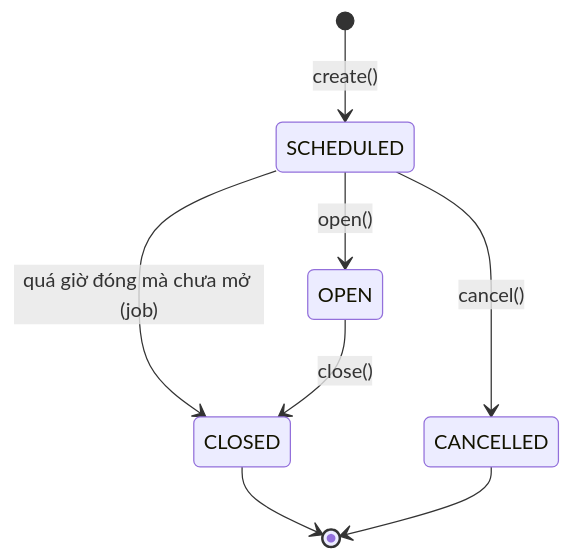
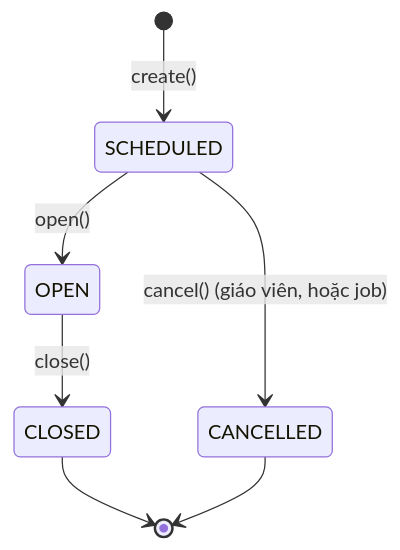
The first of 3 diagrams in docs/state-machines.md (zindo511/Exam-Practice), drawn with Mermaid before and after one commit. The commit also changed other lines of this file and 24 other files, not shown here.

First line of the commit message:
Thêm job tự mở, chốt bài hết giờ và đóng kỳ thi

````diff
--- a/docs/state-machines.md
+++ b/docs/state-machines.md
@@ -9,10 +9,9 @@
 ```mermaid
 stateDiagram-v2
     [*] --> SCHEDULED : create()
     SCHEDULED --> OPEN : open()
-    SCHEDULED --> CANCELLED : cancel()
-    SCHEDULED --> CLOSED : quá giờ đóng mà chưa mở (job)
+    SCHEDULED --> CANCELLED : cancel() (giáo viên, hoặc job)
     OPEN --> CLOSED : close()
     CLOSED --> [*]
     CANCELLED --> [*]
 ```
````
